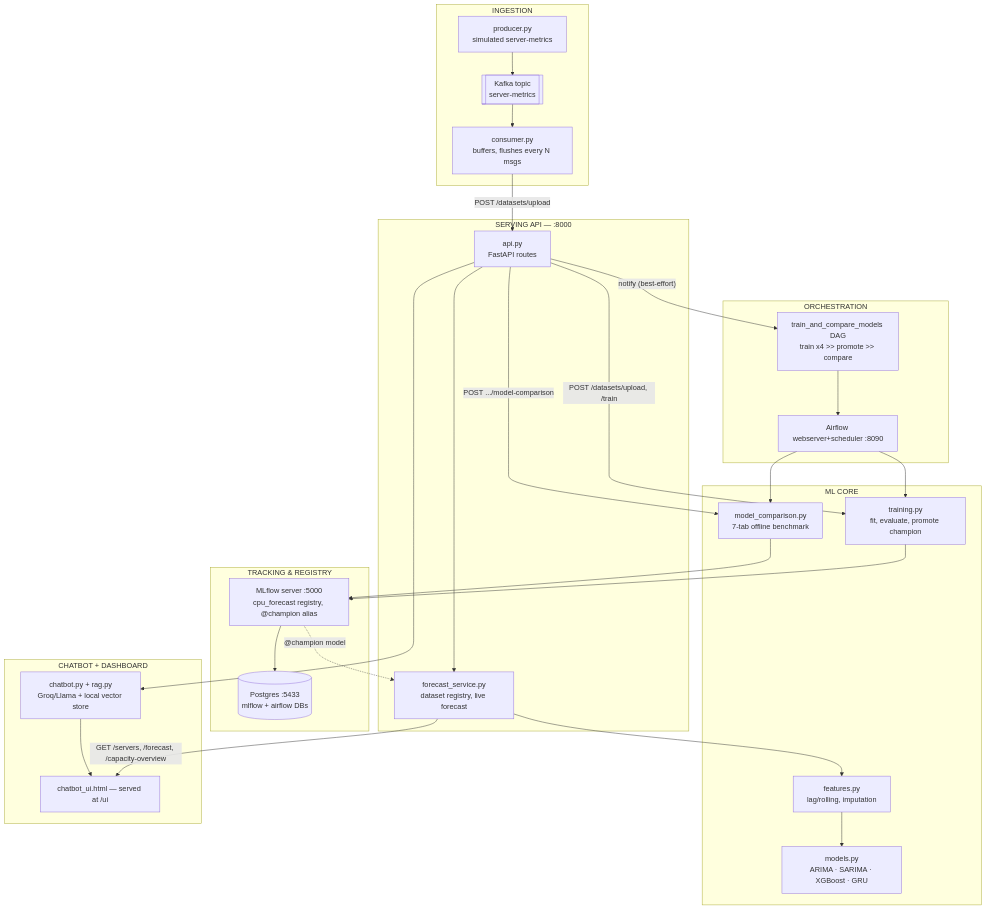
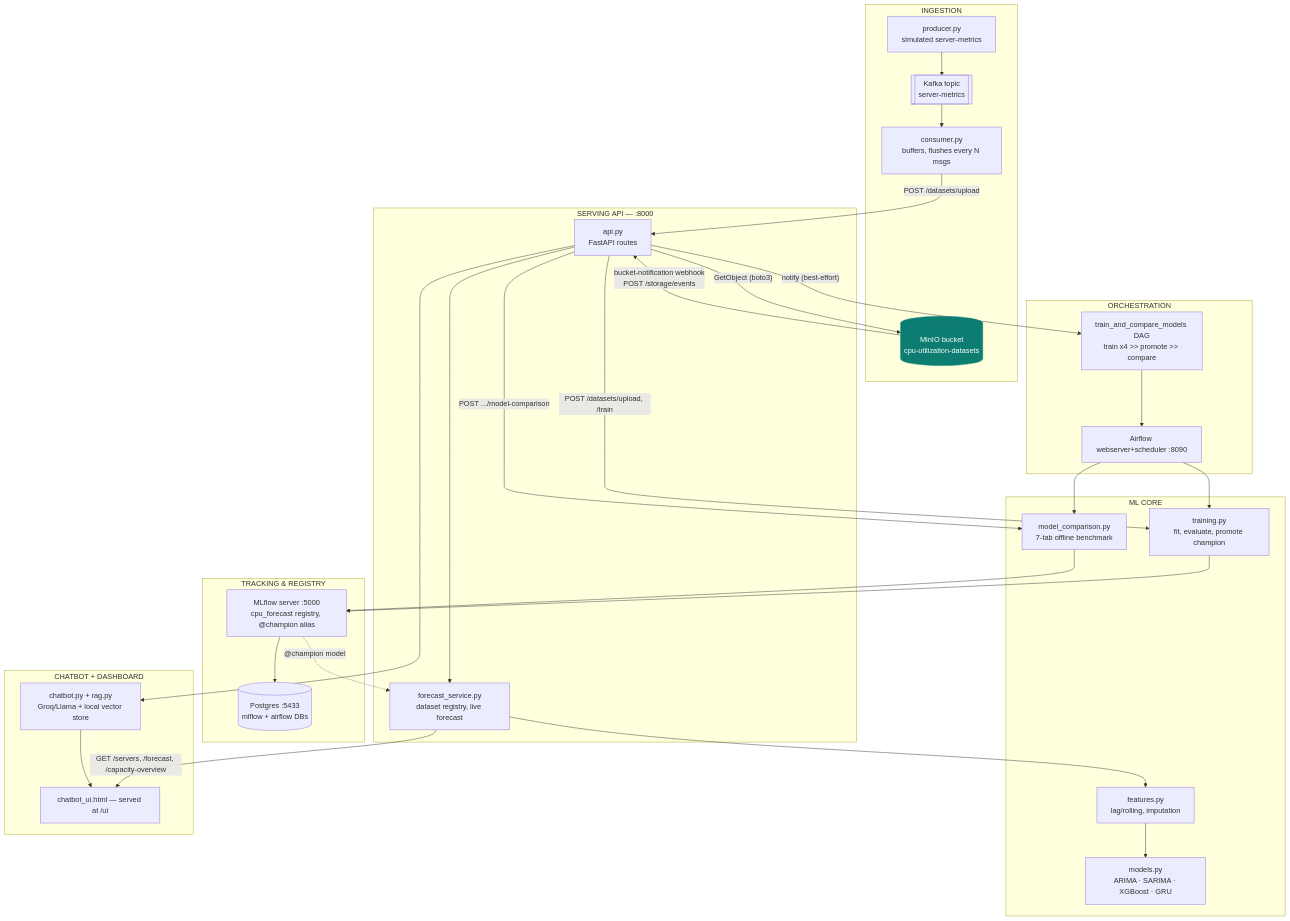
One commit to tejeshwar2603/ml-project--mlflow-models-comp changed the diagram in ARCHITECTURE.md. Above: the diagram before and after it, drawn with Mermaid. The commit also changed other lines of this file and 20 other files, not shown here.

````diff
--- a/ARCHITECTURE.md
+++ b/ARCHITECTURE.md
@@ -13,51 +14,57 @@
 ```mermaid
 flowchart TB
     subgraph ING["INGESTION"]
         PROD["producer.py<br/>simulated server-metrics"]
         TOPIC[["Kafka topic<br/>server-metrics"]]
         CONS["consumer.py<br/>buffers, flushes every N msgs"]
+        MINIO[("MinIO bucket<br/>cpu-utilization-datasets")]
     end
 
     subgraph SRV["SERVING API — :8000"]
         API["api.py<br/>FastAPI routes"]
         FS["forecast_service.py<br/>dataset registry, live forecast"]
     end
 
     subgraph CORE["ML CORE"]
         FEAT["features.py<br/>lag/rolling, imputation"]
         MODELS["models.py<br/>ARIMA · SARIMA · XGBoost · GRU"]
         TRAIN["training.py<br/>fit, evaluate, promote champion"]
         COMP["model_comparison.py<br/>7-tab offline benchmark"]
     end
 
     subgraph REG["TRACKING & REGISTRY"]
         MLF["MLflow server :5000<br/>cpu_forecast registry, @champion alias"]
         PG[("Postgres :5433<br/>mlflow + airflow DBs")]
     end
 
     subgraph ORCH["ORCHESTRATION"]
         DAG["train_and_compare_models DAG<br/>train x4 >> promote >> compare"]
         AF["Airflow webserver+scheduler :8090"]
     end
 
     subgraph UI["CHATBOT + DASHBOARD"]
         HTML["chatbot_ui.html — served at /ui"]
         BOT["chatbot.py + rag.py<br/>Groq/Llama + local vector store"]
     end
 
     PROD --> TOPIC --> CONS -- "POST /datasets/upload" --> API
+    MINIO -- "bucket-notification webhook<br/>POST /storage/events" --> API
+    API -- "GetObject (boto3)" --> MINIO
     API --> FS
     FS --> FEAT --> MODELS
     API -- "POST /datasets/upload, /train" --> TRAIN
     API -- "POST .../model-comparison" --> COMP
     TRAIN --> MLF
     COMP --> MLF
     MLF --> PG
     API -- "notify (best-effort)" --> DAG
     DAG --> AF
     AF --> TRAIN
     AF --> COMP
     FS -- "GET /servers, /forecast, /capacity-overview" --> HTML
     API --> BOT --> HTML
     MLF -. "@champion model" .-> FS
+
+    classDef ing fill:#0d7d72,stroke:#0d7d72,color:#fff
+    class MINIO ing
 ```
````
